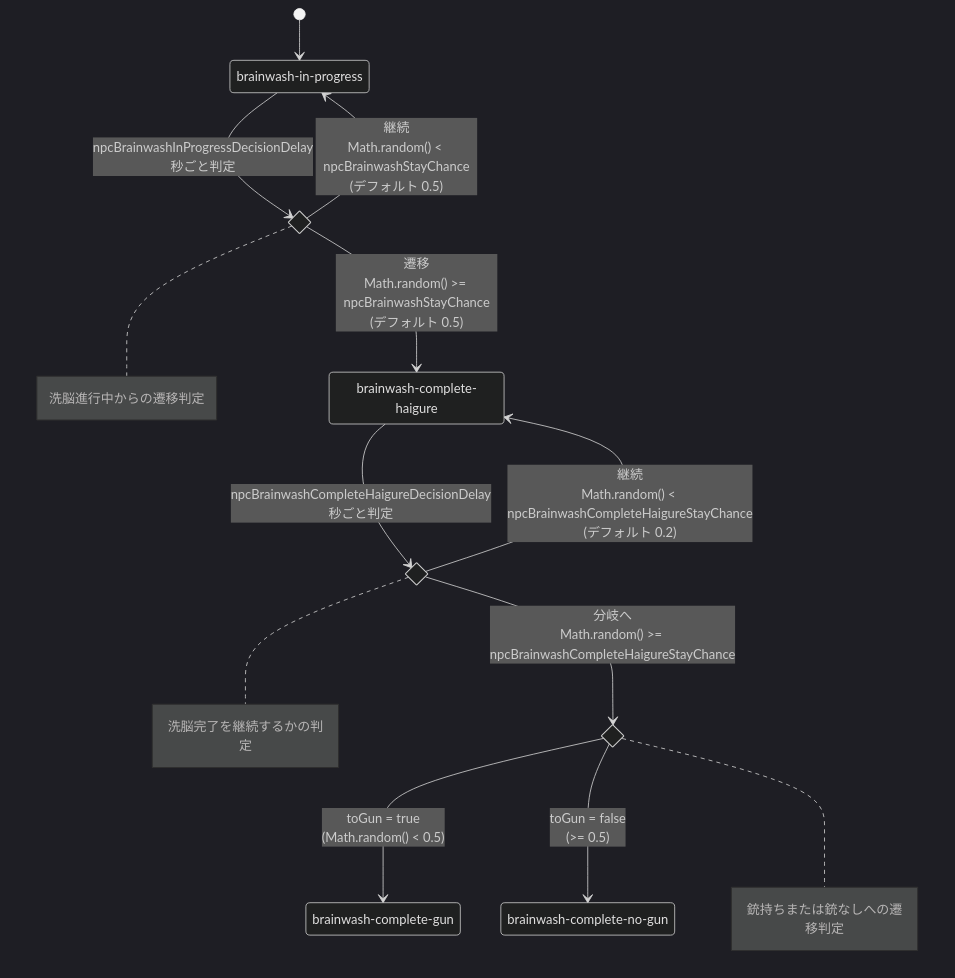
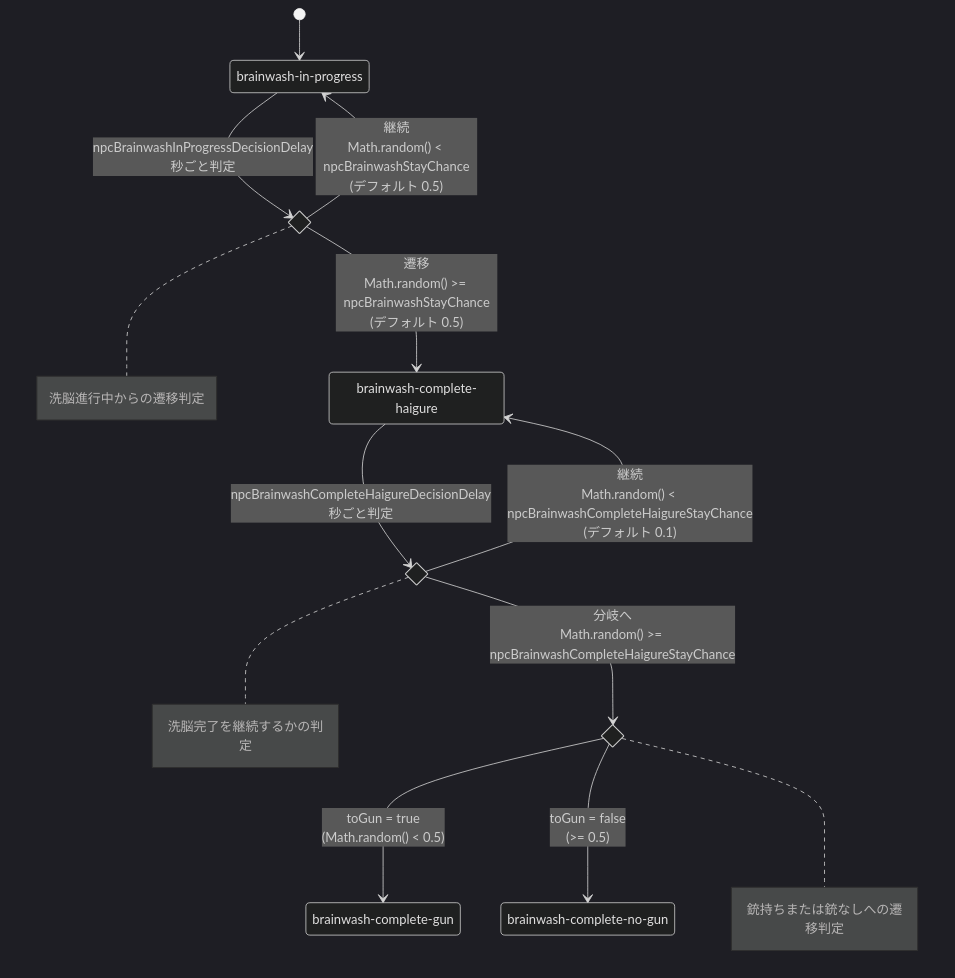
The diagram in README.md (catoriinu/haigure_survival), drawn with Mermaid (dark theme) before and after one commit. The commit also changed other lines of this file and 1 other file, not shown here.

Commit message:
fix: 洗脳完了状態の継続確率を0.2から0.1に変更

````diff
--- a/README.md
+++ b/README.md
@@ -159,33 +159,33 @@
 ```mermaid
 stateDiagram-v2
     state "brainwash-in-progress" as brainwashInProgress
     state "brainwash-complete-haigure" as brainwashCompleteHaigure
     state "brainwash-complete-gun" as brainwashCompleteGun
     state "brainwash-complete-no-gun" as brainwashCompleteNoGun
 
     state inProgressDecision <<choice>>
     state haigureStayDecision <<choice>>
     state gunNoGunDecision <<choice>>
 
     note right of inProgressDecision
       洗脳進行中からの遷移判定
     end note
     note right of haigureStayDecision
       洗脳完了を継続するかの判定
     end note
     note right of gunNoGunDecision
       銃持ちまたは銃なしへの遷移判定
     end note
 
     [*] --> brainwashInProgress
 
     brainwashInProgress --> inProgressDecision: npcBrainwashInProgressDecisionDelay秒ごと判定
     inProgressDecision --> brainwashInProgress: 継続<br/>Math.random() < npcBrainwashStayChance<br/>(デフォルト 0.5)
     inProgressDecision --> brainwashCompleteHaigure: 遷移<br/>Math.random() >= npcBrainwashStayChance<br/>(デフォルト 0.5)
 
     brainwashCompleteHaigure --> haigureStayDecision: npcBrainwashCompleteHaigureDecisionDelay秒ごと判定
-    haigureStayDecision --> brainwashCompleteHaigure: 継続<br/>Math.random() < npcBrainwashCompleteHaigureStayChance<br/>(デフォルト 0.2)
+    haigureStayDecision --> brainwashCompleteHaigure: 継続<br/>Math.random() < npcBrainwashCompleteHaigureStayChance<br/>(デフォルト 0.1)
     haigureStayDecision --> gunNoGunDecision: 分岐へ<br/>Math.random() >= npcBrainwashCompleteHaigureStayChance
     gunNoGunDecision --> brainwashCompleteGun: toGun = true<br/>(Math.random() < 0.5)
     gunNoGunDecision --> brainwashCompleteNoGun: toGun = false<br/>(>= 0.5)
 ```
````
